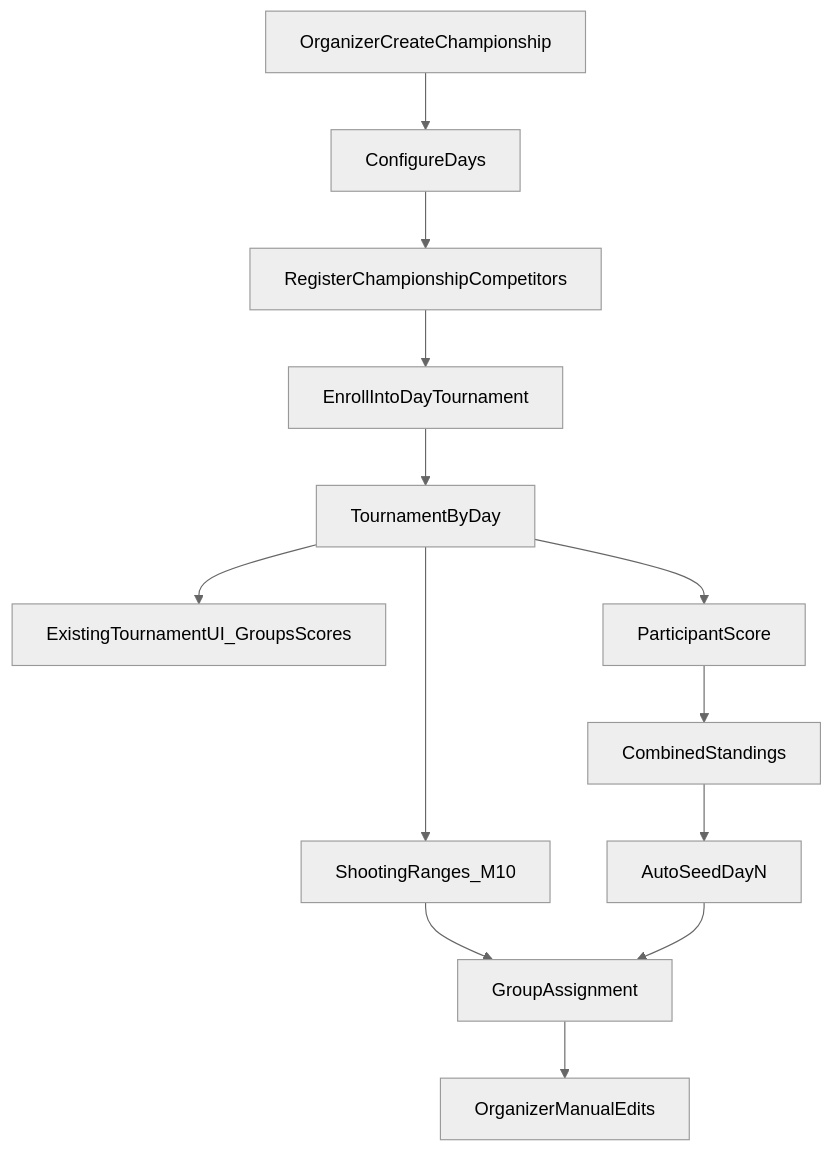
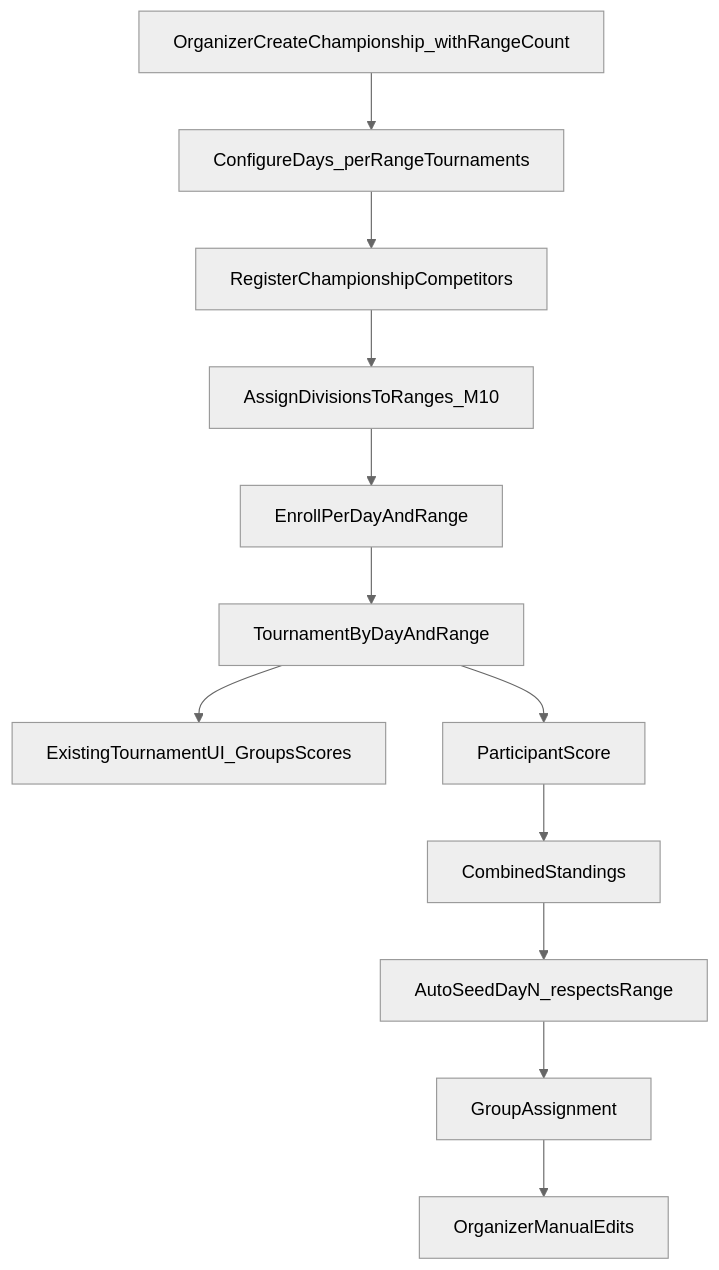
Before and after one commit to piotrberlowski/arc-comp: the diagram in docs/architecture/ADR-0001-championships-multi-day.md, drawn with Mermaid (neutral theme). The commit also changed other lines of this file, not shown here.

First line of the commit message:
Revise M10: championship-only ranges via per-range day tournaments.

````diff
--- a/docs/architecture/ADR-0001-championships-multi-day.md
+++ b/docs/architecture/ADR-0001-championships-multi-day.md
@@ -305,15 +333,15 @@
 ```mermaid
 flowchart TD
-  create[OrganizerCreateChampionship] --> days[ConfigureDays]
+  create[OrganizerCreateChampionship_withRangeCount]
+  create --> days[ConfigureDays_perRangeTournaments]
   days --> roster[RegisterChampionshipCompetitors]
-  roster --> enroll[EnrollIntoDayTournament]
-  enroll --> dayTournament[TournamentByDay]
+  roster --> matrix[AssignDivisionsToRanges_M10]
+  matrix --> enroll[EnrollPerDayAndRange]
+  enroll --> dayTournament[TournamentByDayAndRange]
   dayTournament --> tournamentUI[ExistingTournamentUI_GroupsScores]
   dayTournament --> dayScores[ParticipantScore]
   dayScores --> combinedStandings[CombinedStandings]
-  combinedStandings --> seedDayN[AutoSeedDayN]
-  dayTournament --> ranges[ShootingRanges_M10]
-  ranges --> dayGroups[GroupAssignment]
-  seedDayN --> dayGroups
+  combinedStandings --> seedDayN[AutoSeedDayN_respectsRange]
+  seedDayN --> dayGroups[GroupAssignment]
   dayGroups --> manualEdits[OrganizerManualEdits]
 ```
````
